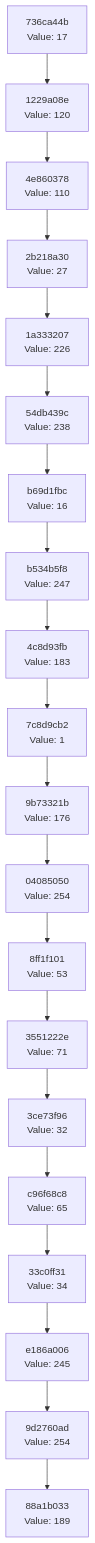
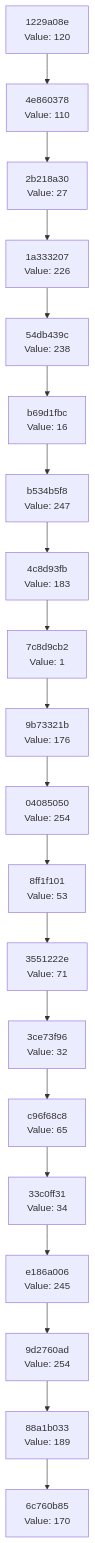
Before and after one commit to Abhisheksinha1506/hash-chain-evolver: the diagram in docs/CHAIN_VISUALIZATION.md, drawn with Mermaid. The commit also changed 3 other files, not shown here.

````diff
--- a/docs/CHAIN_VISUALIZATION.md
+++ b/docs/CHAIN_VISUALIZATION.md
@@ -3,42 +3,42 @@
 ```mermaid
 graph TD
-    C0["88a1b033<br/>Value: 189"]
-    C1["9d2760ad<br/>Value: 254"]
+    C0["6c760b85<br/>Value: 170"]
+    C1["88a1b033<br/>Value: 189"]
     C1 --> C0
-    C2["e186a006<br/>Value: 245"]
+    C2["9d2760ad<br/>Value: 254"]
     C2 --> C1
-    C3["33c0ff31<br/>Value: 34"]
+    C3["e186a006<br/>Value: 245"]
     C3 --> C2
-    C4["c96f68c8<br/>Value: 65"]
+    C4["33c0ff31<br/>Value: 34"]
     C4 --> C3
-    C5["3ce73f96<br/>Value: 32"]
+    C5["c96f68c8<br/>Value: 65"]
     C5 --> C4
-    C6["3551222e<br/>Value: 71"]
+    C6["3ce73f96<br/>Value: 32"]
     C6 --> C5
-    C7["8ff1f101<br/>Value: 53"]
+    C7["3551222e<br/>Value: 71"]
     C7 --> C6
-    C8["04085050<br/>Value: 254"]
+    C8["8ff1f101<br/>Value: 53"]
     C8 --> C7
-    C9["9b73321b<br/>Value: 176"]
+    C9["04085050<br/>Value: 254"]
     C9 --> C8
-    C10["7c8d9cb2<br/>Value: 1"]
+    C10["9b73321b<br/>Value: 176"]
     C10 --> C9
-    C11["4c8d93fb<br/>Value: 183"]
+    C11["7c8d9cb2<br/>Value: 1"]
     C11 --> C10
-    C12["b534b5f8<br/>Value: 247"]
+    C12["4c8d93fb<br/>Value: 183"]
     C12 --> C11
-    C13["b69d1fbc<br/>Value: 16"]
+    C13["b534b5f8<br/>Value: 247"]
     C13 --> C12
-    C14["54db439c<br/>Value: 238"]
+    C14["b69d1fbc<br/>Value: 16"]
     C14 --> C13
-    C15["1a333207<br/>Value: 226"]
+    C15["54db439c<br/>Value: 238"]
     C15 --> C14
-    C16["2b218a30<br/>Value: 27"]
+    C16["1a333207<br/>Value: 226"]
     C16 --> C15
-    C17["4e860378<br/>Value: 110"]
+    C17["2b218a30<br/>Value: 27"]
     C17 --> C16
-    C18["1229a08e<br/>Value: 120"]
+    C18["4e860378<br/>Value: 110"]
     C18 --> C17
-    C19["736ca44b<br/>Value: 17"]
+    C19["1229a08e<br/>Value: 120"]
     C19 --> C18
 ```
````
